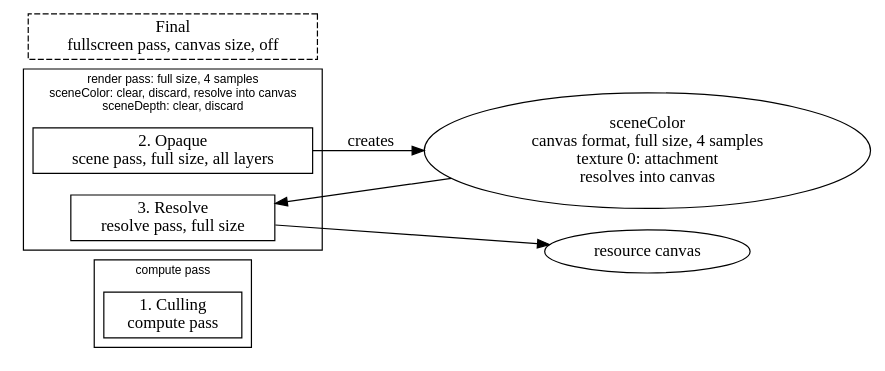
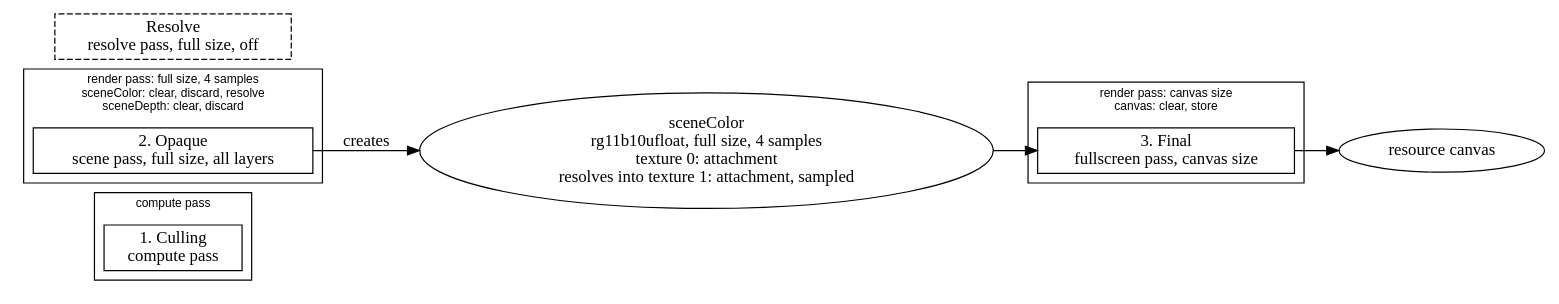
The second of 2 diagrams in docs/concepts/render-graph.md (null3d-engine/null3d), drawn with Graphviz before and after one commit. The commit also changed other lines of this file and 415 other files, not shown here.

First line of the commit message:
feat(engine): draw scene color in HDR and tone map it in a final pass (#96)

````diff
--- a/docs/concepts/render-graph.md
+++ b/docs/concepts/render-graph.md
@@ -117,19 +117,22 @@
 ```dot
 digraph "render graph" {
   graph [rankdir=LR, fontname="Helvetica", fontsize=10];
   subgraph "cluster 1" {
     label="compute pass";
     "pass Culling" [shape=box, label="1. Culling\ncompute pass"];
   }
   subgraph "cluster 2" {
-    label="render pass: full size, 4 samples\nsceneColor: clear, discard, resolve into canvas\nsceneDepth: clear, discard";
+    label="render pass: full size, 4 samples\nsceneColor: clear, discard, resolve\nsceneDepth: clear, discard";
     "pass Opaque" [shape=box, label="2. Opaque\nscene pass, full size, all layers"];
-    "pass Resolve" [shape=box, label="3. Resolve\nresolve pass, full size"];
   }
-  "pass Final" [shape=box, style=dashed, label="Final\nfullscreen pass, canvas size, off"];
-  "resource sceneColor" [shape=ellipse, label="sceneColor\ncanvas format, full size, 4 samples\ntexture 0: attachment\nresolves into canvas"];
+  subgraph "cluster 3" {
+    label="render pass: canvas size\ncanvas: clear, store";
+    "pass Final" [shape=box, label="3. Final\nfullscreen pass, canvas size"];
+  }
+  "pass Resolve" [shape=box, style=dashed, label="Resolve\nresolve pass, full size, off"];
+  "resource sceneColor" [shape=ellipse, label="sceneColor\nrg11b10ufloat, full size, 4 samples\ntexture 0: attachment\nresolves into texture 1: attachment, sampled"];
   "pass Opaque" -> "resource sceneColor" [label="creates"];
-  "resource sceneColor" -> "pass Resolve";
-  "pass Resolve" -> "resource canvas";
+  "resource sceneColor" -> "pass Final";
+  "pass Final" -> "resource canvas";
 }
 ```
````
